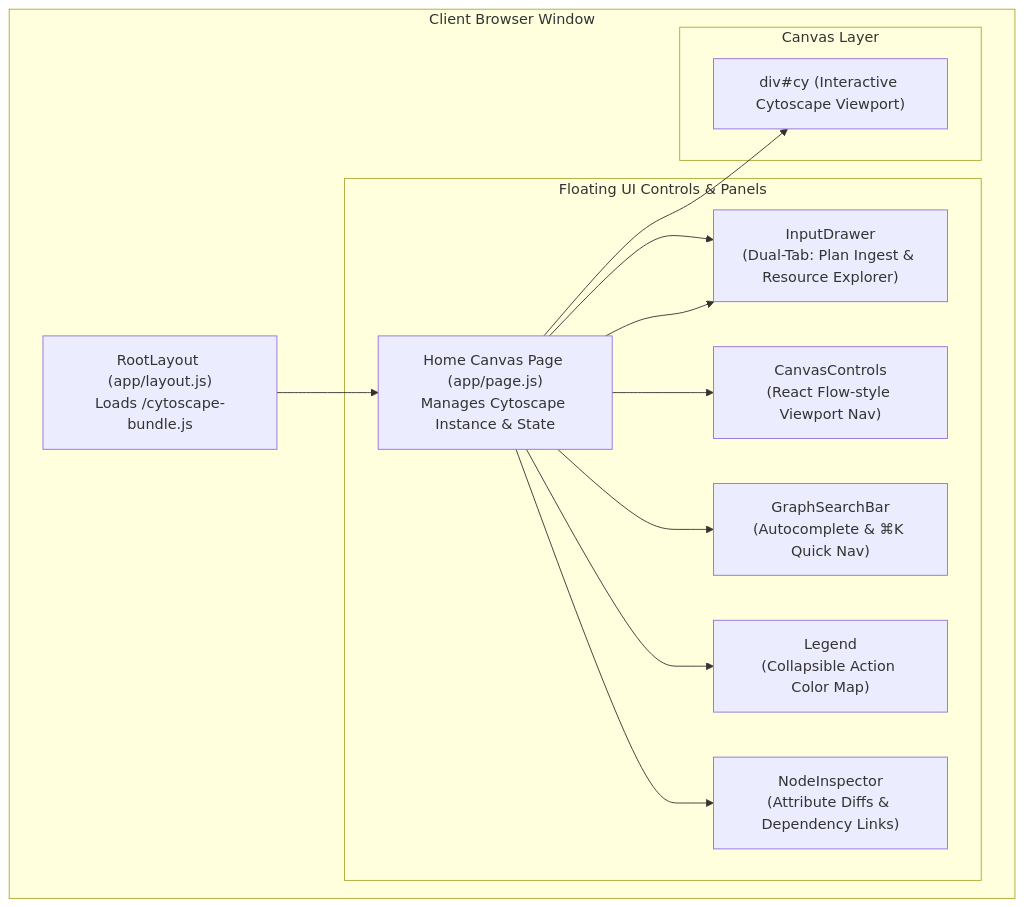
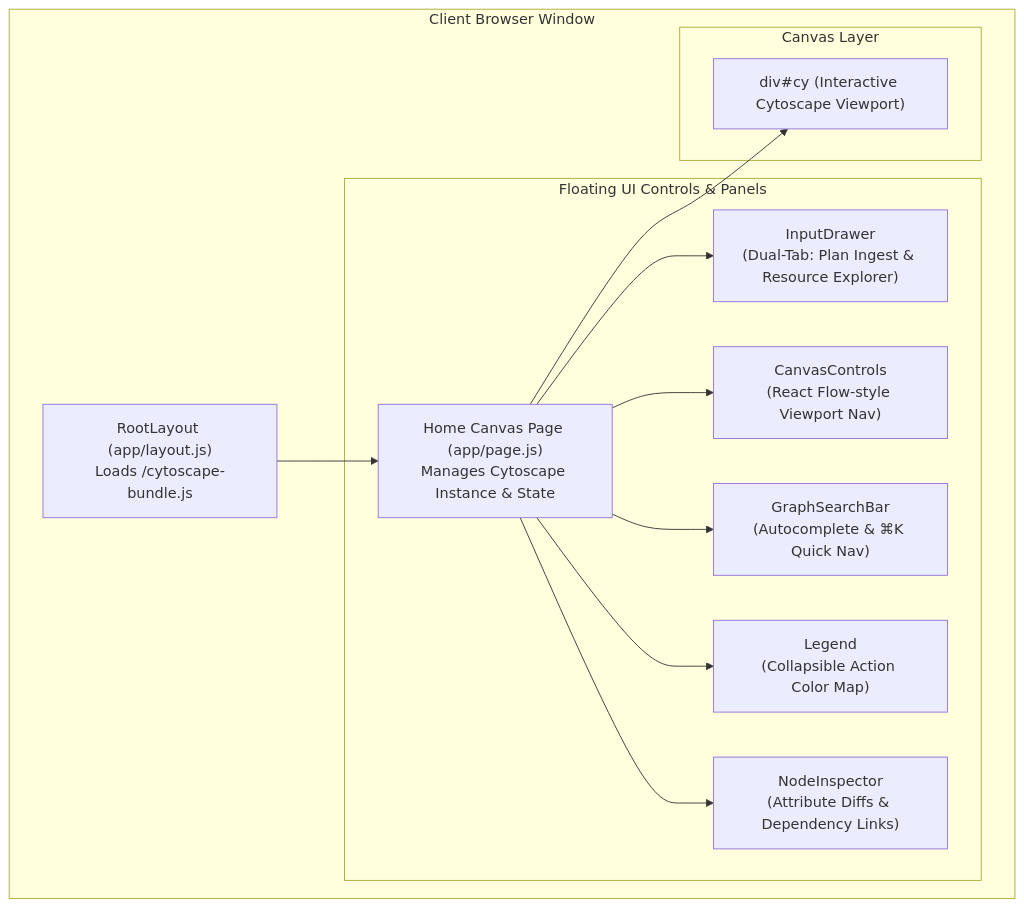
One commit to AatirNadim/plan-parse changed the first of 2 diagrams in ui/README.md. Above: the diagram before and after it, drawn with Mermaid. The commit also changed other lines of this file and 5 other files, not shown here.

````diff
--- a/ui/README.md
+++ b/ui/README.md
@@ -16,22 +16,21 @@
 ```mermaid
 flowchart TD
     subgraph Browser["Client Browser Window"]
         Layout["RootLayout (app/layout.js)<br/>Loads /cytoscape-bundle.js"]
         Page["Home Canvas Page (app/page.js)<br/>Manages Cytoscape Instance & State"]
 
         Layout --> Page
 
         subgraph FloatingOverlays["Floating UI Controls & Panels"]
-            Page --> InputDrawer["InputDrawer<br/>(Drag-and-Drop & Pre-flight Validation)"]
             Page --> InputDrawer["InputDrawer<br/>(Dual-Tab: Plan Ingest & Resource Explorer)"]
             Page --> CanvasControls["CanvasControls<br/>(React Flow-style Viewport Nav)"]
             Page --> GraphSearchBar["GraphSearchBar<br/>(Autocomplete & ⌘K Quick Nav)"]
             Page --> Legend["Legend<br/>(Collapsible Action Color Map)"]
             Page --> NodeInspector["NodeInspector<br/>(Attribute Diffs & Dependency Links)"]
         end
 
         subgraph CanvasDOM["Canvas Layer"]
             Page --> CyContainer["div#cy (Interactive Cytoscape Viewport)"]
         end
     end
 ```
````
